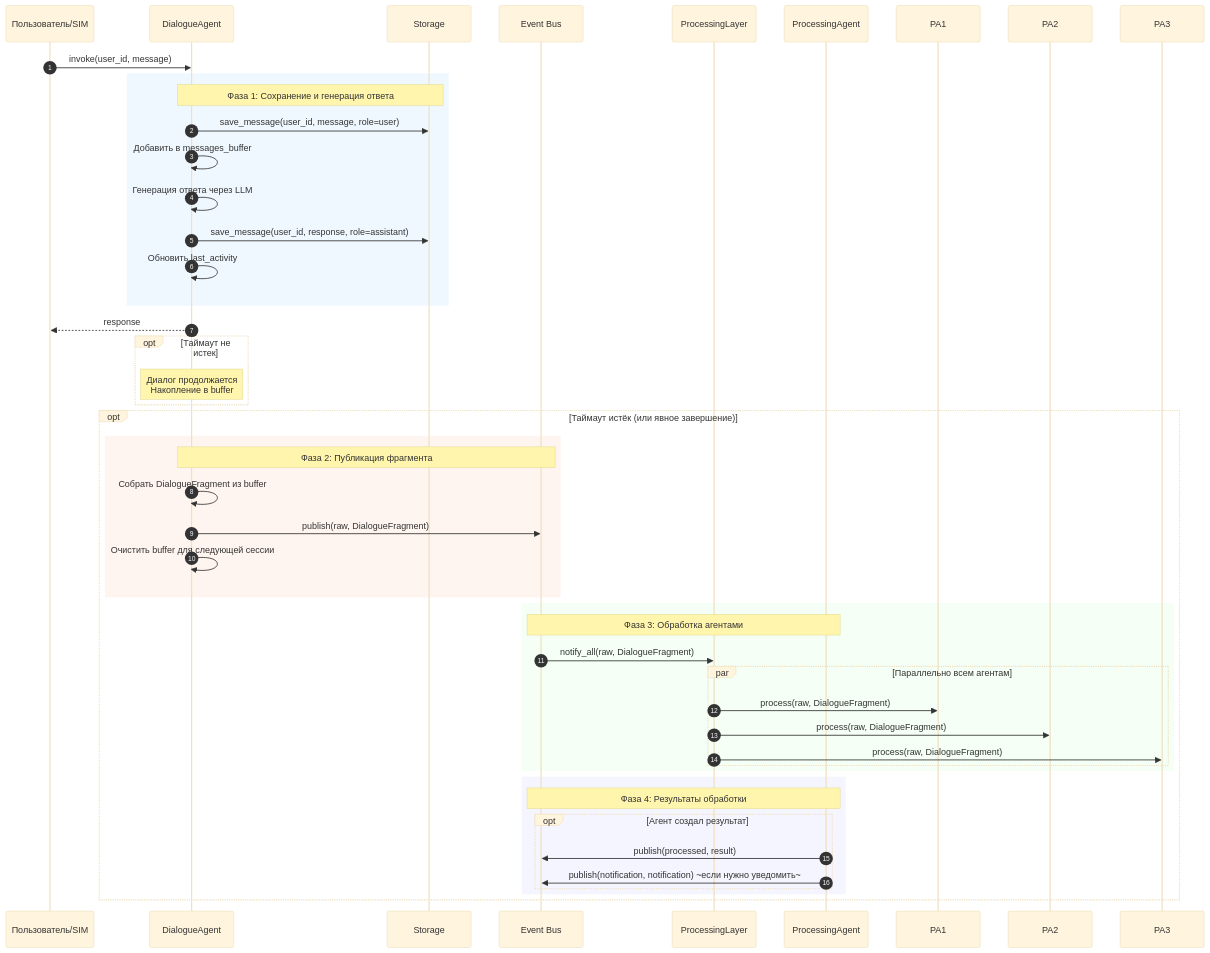
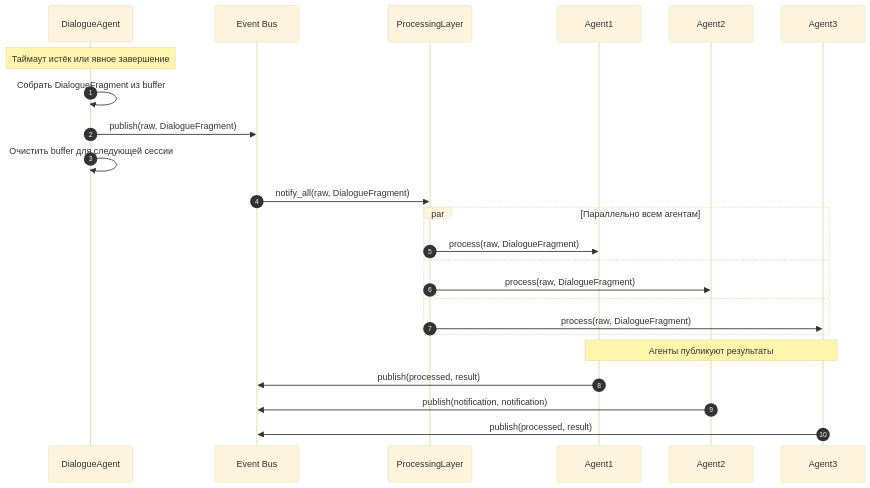
Before and after one commit to Dieugene/team-assistant: the second of 17 diagrams in 00_docs/architecture/runtime_architecture.md, drawn with Mermaid (base theme). The commit also changed other lines of this file, not shown here.

First line of the commit message:
Refine runtime architecture details

````diff
--- a/00_docs/architecture/runtime_architecture.md
+++ b/00_docs/architecture/runtime_architecture.md
@@ -83,54 +103,32 @@
 ```mermaid
 sequenceDiagram
     autonumber
-    participant User as Пользователь/SIM
     participant DA as DialogueAgent
-    participant Storage as Storage
     participant EB as Event Bus
     participant PL as ProcessingLayer
-    participant PA as ProcessingAgent
+    participant PA1 as Agent1
+    participant PA2 as Agent2
+    participant PA3 as Agent3
 
-    User->>DA: invoke(user_id, message)
+    Note over DA: Таймаут истёк или явное завершение
 
-    rect rgb(240, 248, 255)
-        Note over DA,Storage: Фаза 1: Сохранение и генерация ответа
-        DA->>Storage: save_message(user_id, message, role=user)
-        DA->>DA: Добавить в messages_buffer
-        DA->>DA: Генерация ответа через LLM
-        DA->>Storage: save_message(user_id, response, role=assistant)
-        DA->>DA: Обновить last_activity
+    DA->>DA: Собрать DialogueFragment из buffer
+    DA->>EB: publish(raw, DialogueFragment)
+    DA->>DA: Очистить buffer для следующей сессии
+
+    EB->>PL: notify_all(raw, DialogueFragment)
+
+    par Параллельно всем агентам
+        PL->>PA1: process(raw, DialogueFragment)
+    and
+        PL->>PA2: process(raw, DialogueFragment)
+    and
+        PL->>PA3: process(raw, DialogueFragment)
     end
 
-    DA-->>User: response
+    Note over PA1,PA3: Агенты публикуют результаты
 
-    opt Таймаут не истек
-        Note over DA: Диалог продолжается<br/>Накопление в buffer
-    end
-
-    opt Таймаут истёк (или явное завершение)
-        rect rgb(255, 245, 240)
-            Note over DA,EB: Фаза 2: Публикация фрагмента
-            DA->>DA: Собрать DialogueFragment из buffer
-            DA->>EB: publish(raw, DialogueFragment)
-            DA->>DA: Очистить buffer для следующей сессии
-        end
-
-        rect rgb(245, 255, 245)
-            Note over EB,PA: Фаза 3: Обработка агентами
-            EB->>PL: notify_all(raw, DialogueFragment)
-            par Параллельно всем агентам
-                PL->>PA1: process(raw, DialogueFragment)
-                PL->>PA2: process(raw, DialogueFragment)
-                PL->>PA3: process(raw, DialogueFragment)
-            end
-        end
-
-        rect rgb(245, 245, 255)
-            Note over PA,EB: Фаза 4: Результаты обработки
-            opt Агент создал результат
-                PA->>EB: publish(processed, result)
-                PA->>EB: publish(notification, notification) ~если нужно уведомить~
-            end
-        end
-    end
+    PA1->>EB: publish(processed, result)
+    PA2->>EB: publish(notification, notification)
+    PA3->>EB: publish(processed, result)
 ```
````
